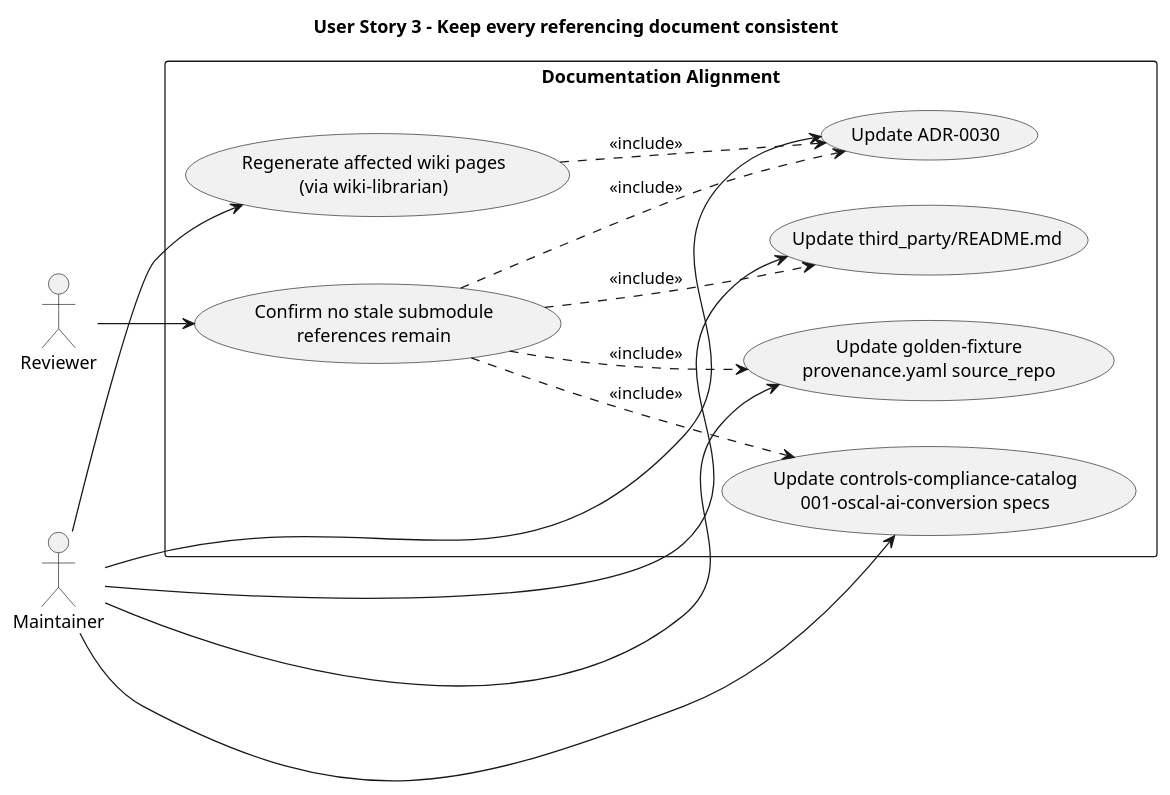
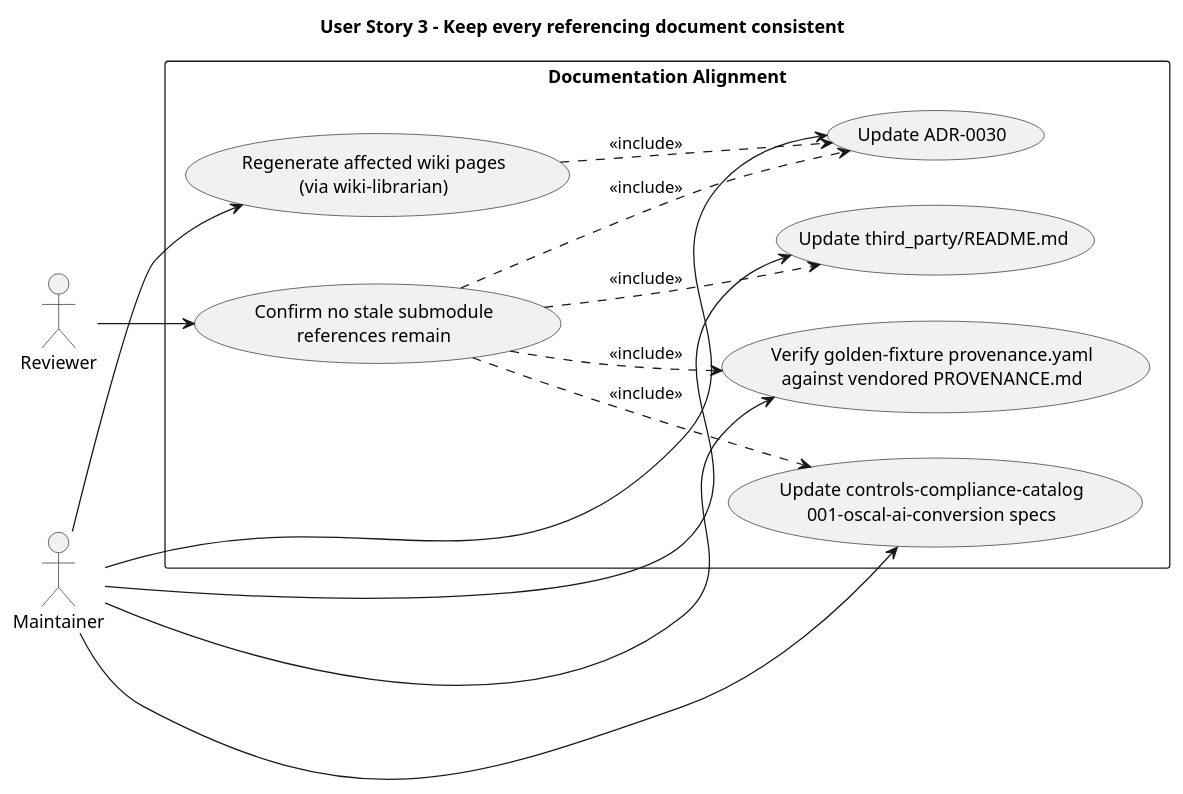
One commit to wolffy-au/frictionless-architect changed the third of 3 diagrams in platform/packages/controls-compliance-catalog/specs/002-vendor-oscal-fedramp-files/spec.md. Above: the diagram before and after it, drawn with PlantUML. The commit also changed other lines of this file and 2 other files, not shown here.

````diff
--- a/platform/packages/controls-compliance-catalog/specs/002-vendor-oscal-fedramp-files/spec.md
+++ b/platform/packages/controls-compliance-catalog/specs/002-vendor-oscal-fedramp-files/spec.md
@@ -142,33 +142,33 @@
 ```plantuml
 @startuml
 title User Story 3 - Keep every referencing document consistent
 
 left to right direction
 
 actor Maintainer
 actor Reviewer
 
 rectangle "Documentation Alignment" {
   usecase "Update ADR-0030" as UC1
   usecase "Update third_party/README.md" as UC2
-  usecase "Update golden-fixture\nprovenance.yaml source_repo" as UC3
+  usecase "Verify golden-fixture provenance.yaml\nagainst vendored PROVENANCE.md" as UC3
   usecase "Update controls-compliance-catalog\n001-oscal-ai-conversion specs" as UC4
   usecase "Regenerate affected wiki pages\n(via wiki-librarian)" as UC5
   usecase "Confirm no stale submodule\nreferences remain" as UC6
 }
 
 Maintainer --> UC1
 Maintainer --> UC2
 Maintainer --> UC3
 Maintainer --> UC4
 Maintainer --> UC5
 
 UC5 ..> UC1 : <<include>>
 
 Reviewer --> UC6
 UC6 ..> UC1 : <<include>>
 UC6 ..> UC2 : <<include>>
 UC6 ..> UC3 : <<include>>
 UC6 ..> UC4 : <<include>>
 @enduml
 ```
````
